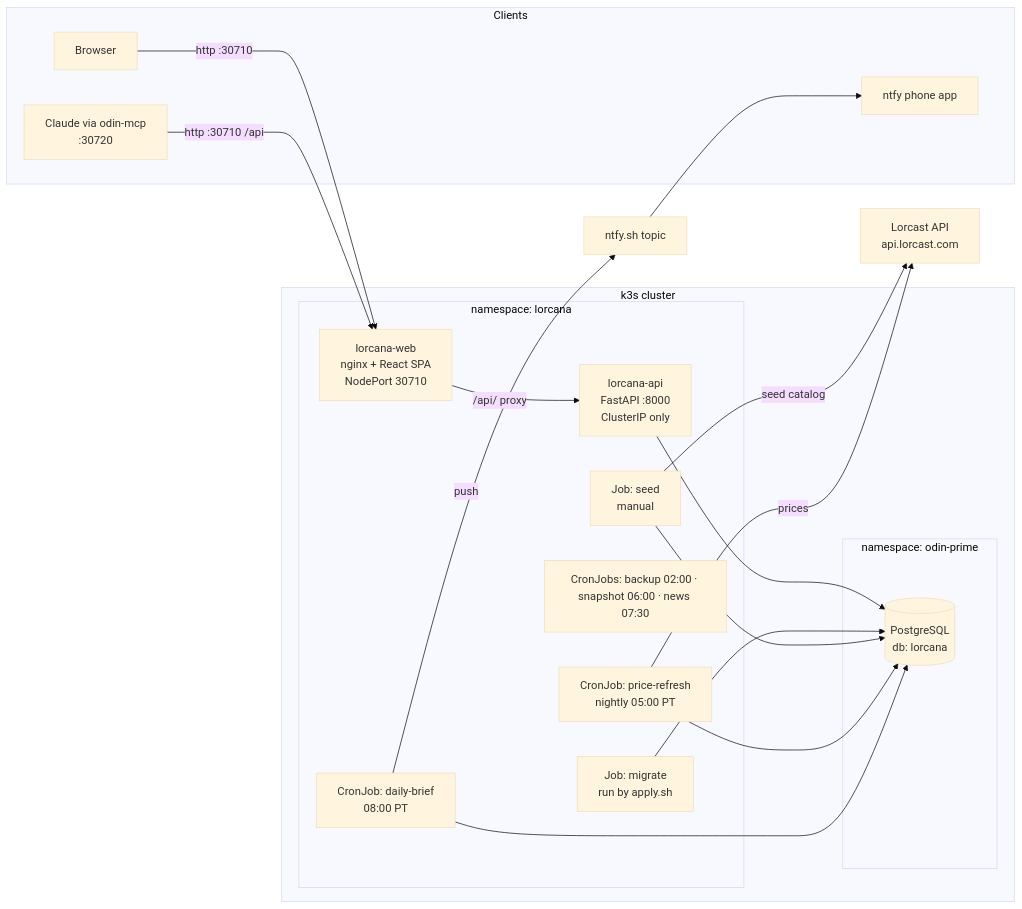
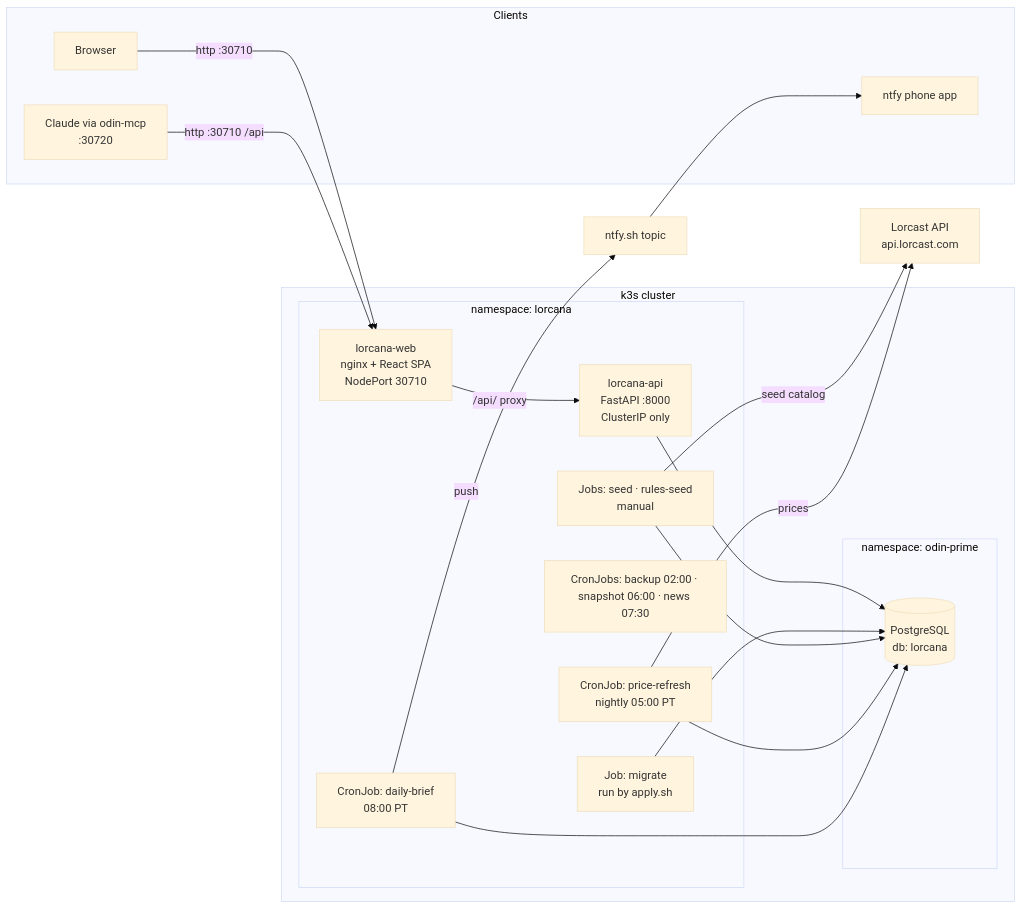
One commit to magicat777/lorcana-manager changed the diagram in docs/ADMIN_USER_GUIDE.md. Above: the diagram before and after it, drawn with Mermaid (base theme). The commit also changed other lines of this file, not shown here.

First line of the commit message:
docs: sync section 1 overview with today's tree (rules/market, mig 033)

````diff
--- a/docs/ADMIN_USER_GUIDE.md
+++ b/docs/ADMIN_USER_GUIDE.md
@@ -29,37 +29,37 @@
 ```mermaid
 flowchart LR
     subgraph clients [Clients]
         B[Browser]
         C[Claude via odin-mcp<br/>:30720]
         P[ntfy phone app]
     end
     subgraph k3s [k3s cluster]
         subgraph ns [namespace: lorcana]
             W[lorcana-web<br/>nginx + React SPA<br/>NodePort 30710]
             A[lorcana-api<br/>FastAPI :8000<br/>ClusterIP only]
             CJ1[CronJob: price-refresh<br/>nightly 05:00 PT]
             CJ2[CronJob: daily-brief<br/>08:00 PT]
             CJ3[CronJobs: backup 02:00 · snapshot 06:00 · news 07:30]
             J1[Job: migrate<br/>run by apply.sh]
-            J2[Job: seed<br/>manual]
+            J2[Jobs: seed · rules-seed<br/>manual]
         end
         subgraph op [namespace: odin-prime]
             PG[(PostgreSQL<br/>db: lorcana)]
         end
     end
     L[Lorcast API<br/>api.lorcast.com]
     N[ntfy.sh topic]
 
     B -->|http :30710| W
     C -->|http :30710 /api| W
     W -->|/api/ proxy| A
     A --> PG
     J1 --> PG
     J2 -->|seed catalog| L
     J2 --> PG
     CJ1 -->|prices| L
     CJ1 --> PG
     CJ2 --> PG
     CJ2 -->|push| N
     N --> P
 ```
````
